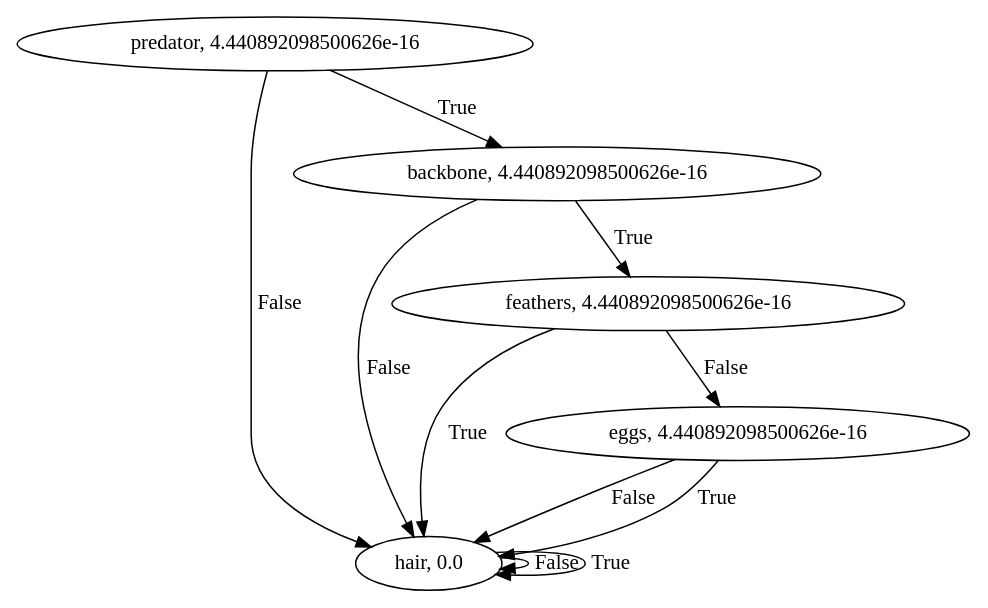
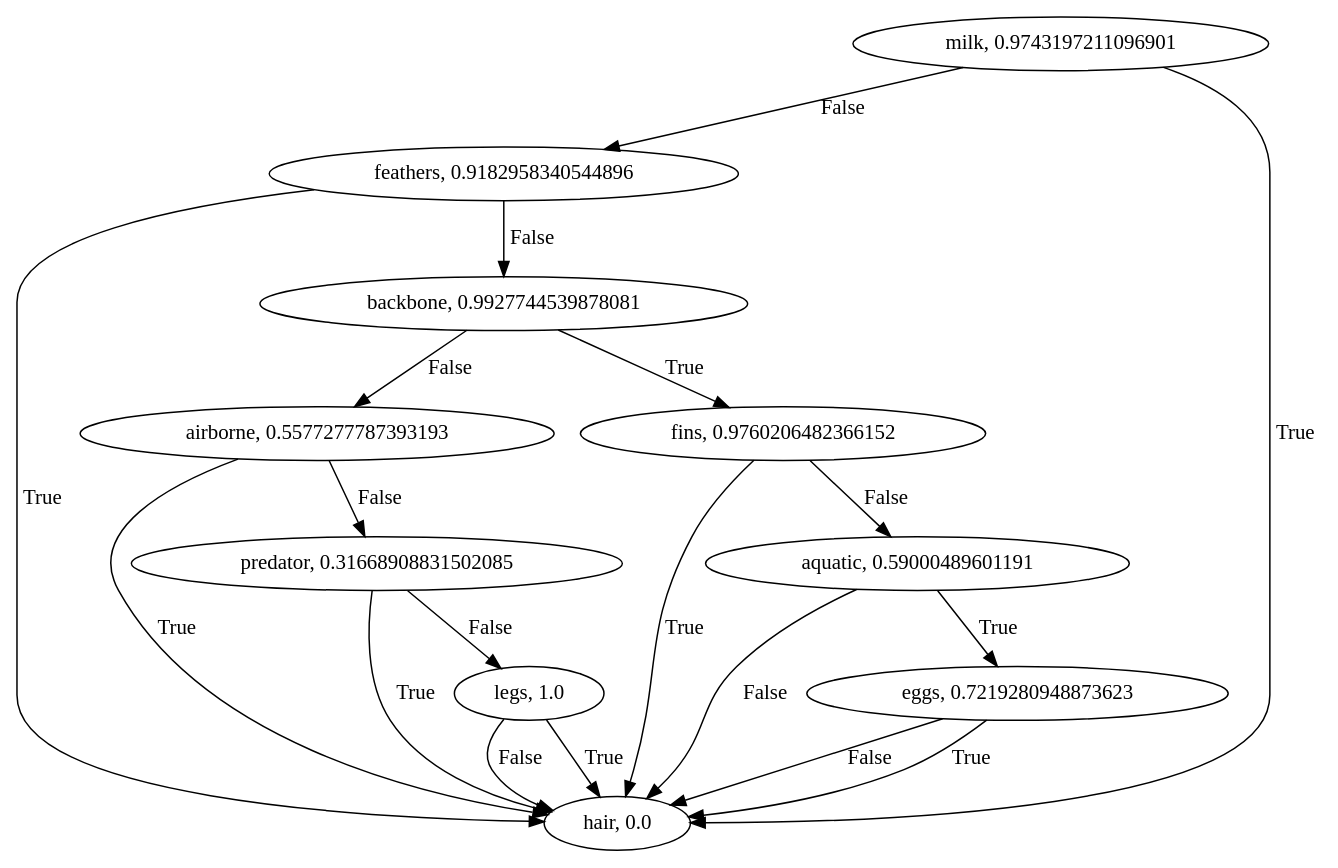
Before and after one commit to m-czarnota/computational-intelligence: the diagram in machine-learning-1/zad2/Source.gv, drawn with Graphviz. The commit also changed 5 other files, not shown here.

```diff
--- a/machine-learning-1/zad2/Source.gv
+++ b/machine-learning-1/zad2/Source.gv
@@ -1,1 +1,1 @@
-digraph G {predator [label="predator, 4.440892098500626e-16"]predator->hair [label="False"]predator->backbone [label="True"]hair [label="hair, 0.0"]backbone [label="backbone, 4.440892098500626e-16"]backbone->hair [label="False"]backbone->feathers [label="True"]hair [label="hair, 0.0"]feathers [label="feathers, 4.440892098500626e-16"]feathers->eggs [label="False"]feathers->hair [label="True"]eggs [label="eggs, 4.440892098500626e-16"]eggs->hair [label="False"]eggs->hair [label="True"]hair [label="hair, 0.0"]hair [label="hair, 2.220446049250313e-16"]hair->hair [label="False"]hair->hair [label="True"]hair [label="hair, 0.0"]hair [label="hair, 0.0"]hair [label="hair, 0.0"]}
+digraph G {milk [label="milk, 0.9743197211096901"]milk->feathers [label="False"]milk->hair [label="True"]feathers [label="feathers, 0.9182958340544896"]feathers->backbone [label="False"]feathers->hair [label="True"]hair [label="hair, 0.0"]backbone [label="backbone, 0.9927744539878081"]backbone->airborne [label="False"]backbone->fins [label="True"]hair [label="hair, 0.0"]airborne [label="airborne, 0.5577277787393193"]airborne->predator [label="False"]airborne->hair [label="True"]fins [label="fins, 0.9760206482366152"]fins->aquatic [label="False"]fins->hair [label="True"]predator [label="predator, 0.31668908831502085"]predator->legs [label="False"]predator->hair [label="True"]hair [label="hair, 0.0"]aquatic [label="aquatic, 0.59000489601191"]aquatic->hair [label="False"]aquatic->eggs [label="True"]hair [label="hair, 0.0"]legs [label="legs, 1.0"]legs->hair [label="False"]legs->hair [label="True"]hair [label="hair, 0.0"]hair [label="hair, 0.0"]eggs [label="eggs, 0.7219280948873623"]eggs->hair [label="False"]eggs->hair [label="True"]hair [label="hair, 0.0"]hair [label="hair, 0.0"]hair [label="hair, 0.0"]hair [label="hair, 0.0"]}
```
